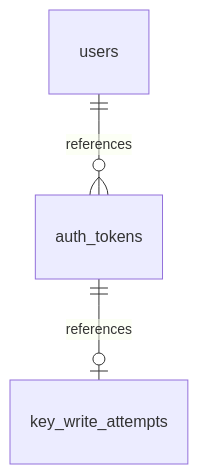
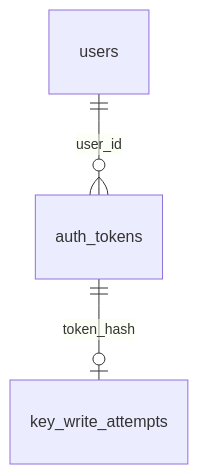
One commit to cebertowicz/corsia changed the first of 4 diagrams in docs/reference/data-model/accounts-and-connections.md. Above: the diagram before and after it, drawn with Mermaid. The commit also changed other lines of this file and 10 other files, not shown here.

````diff
--- a/docs/reference/data-model/accounts-and-connections.md
+++ b/docs/reference/data-model/accounts-and-connections.md
@@ -7,5 +7,5 @@
 ```mermaid
 erDiagram
-    users ||--o{ auth_tokens : references
-    auth_tokens ||--o| key_write_attempts : references
+    users ||--o{ auth_tokens : user_id
+    auth_tokens ||--o| key_write_attempts : token_hash
 ```
````
